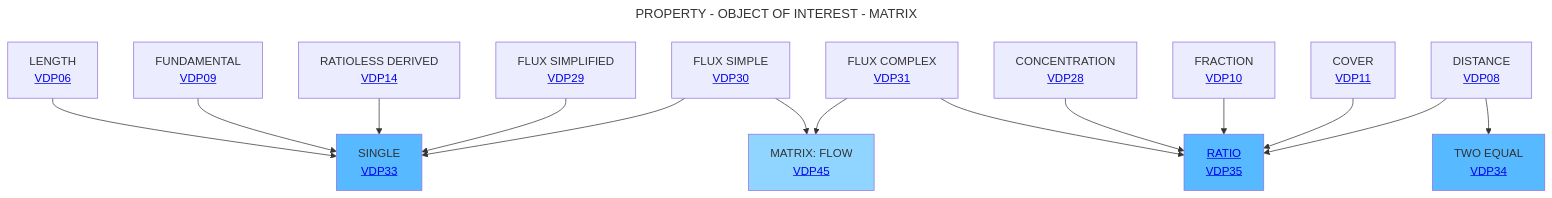
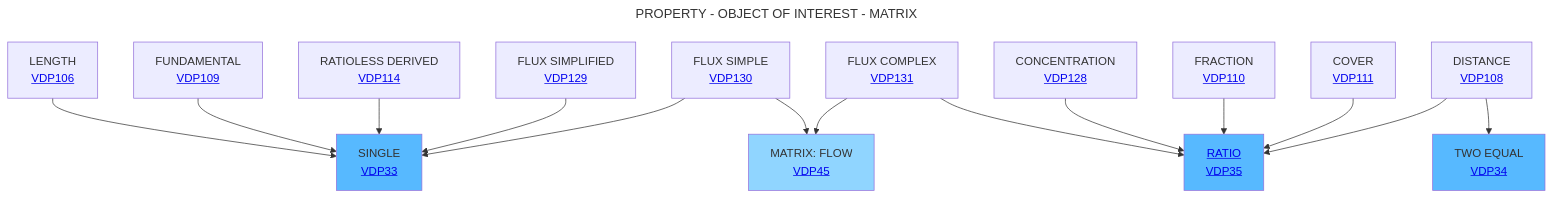
Before and after one commit to mabablue/I-ADOPT-patterns-playground: the diagram in Decisition_trees/DT7.mmd, drawn with Mermaid.

```diff
--- a/Decisition_trees/DT7.mmd
+++ b/Decisition_trees/DT7.mmd
@@ -1,20 +1,20 @@
 ---
 title: PROPERTY - OBJECT OF INTEREST - MATRIX
 ---
 flowchart TD
-    A[LENGTH <br> <a href='https://github.com/mabablue/I-ADOPT-patterns-playground/blob/main/pattern/VDP06.yaml'> VDP06</a>] --> C[SINGLE<br><a href='https://github.com/mabablue/I-ADOPT-patterns-playground/blob/main/pattern/VDP33.yaml'> VDP33</a>]:::satblue
-    B[FUNDAMENTAL <br> <a href='https://github.com/mabablue/I-ADOPT-patterns-playground/blob/main/pattern/VDP09.yaml'> VDP09</a>]  --> C
-    D[RATIOLESS DERIVED <br> <a href='https://github.com/mabablue/I-ADOPT-patterns-playground/blob/main/pattern/VDP14.yaml'> VDP14</a>] --> C
-    E[FLUX SIMPLIFIED <br> <a href='https://github.com/mabablue/I-ADOPT-patterns-playground/blob/main/pattern/VDP29.yaml'>VDP29</a>] --> C
-    I[FLUX COMPLEX <br> <a href='https://github.com/mabablue/I-ADOPT-patterns-playground/blob/main/pattern/VDP31.yaml'>VDP31</a>] --> F  
-    M[CONCENTRATION <br> <a href='https://github.com/mabablue/I-ADOPT-patterns-playground/blob/main/pattern/VDP28.yaml'>VDP28</a>] --> F
-    L[FRACTION <br> <a href='https://github.com/mabablue/I-ADOPT-patterns-playground/blob/main/pattern/VDP10.yaml'>VDP10</a>] --> F[<a href='https://github.com/mabablue/I-ADOPT-patterns-playground/blob/main/pattern/VDP35.yaml'>RATIO <br> VDP35</a>]:::satblue
-    Q[FLUX SIMPLE <br> <a href='https://github.com/mabablue/I-ADOPT-patterns-playground/blob/main/pattern/VDP30.yaml'>VDP30</a>] --> C
-    P[COVER <br> <a href='https://github.com/mabablue/I-ADOPT-patterns-playground/blob/main/pattern/VDP11.yaml'>VDP11</a>] --> F
+    A[LENGTH <br> <a href='https://github.com/mabablue/I-ADOPT-patterns-playground/blob/main/pattern/VDP106.yaml'> VDP106</a>] --> C[SINGLE<br><a href='https://github.com/mabablue/I-ADOPT-patterns-playground/blob/main/pattern/VDP33.yaml'> VDP33</a>]:::satblue
+    B[FUNDAMENTAL <br> <a href='https://github.com/mabablue/I-ADOPT-patterns-playground/blob/main/pattern/VDP109.yaml'> VDP109</a>]  --> C
+    D[RATIOLESS DERIVED <br> <a href='https://github.com/mabablue/I-ADOPT-patterns-playground/blob/main/pattern/VDP114.yaml'> VDP114</a>] --> C
+    E[FLUX SIMPLIFIED <br> <a href='https://github.com/mabablue/I-ADOPT-patterns-playground/blob/main/pattern/VDP129.yaml'>VDP129</a>] --> C
+    I[FLUX COMPLEX <br> <a href='https://github.com/mabablue/I-ADOPT-patterns-playground/blob/main/pattern/VDP131.yaml'>VDP131</a>] --> F  
+    M[CONCENTRATION <br> <a href='https://github.com/mabablue/I-ADOPT-patterns-playground/blob/main/pattern/VDP128.yaml'>VDP128</a>] --> F
+    L[FRACTION <br> <a href='https://github.com/mabablue/I-ADOPT-patterns-playground/blob/main/pattern/VDP110.yaml'>VDP110</a>] --> F[<a href='https://github.com/mabablue/I-ADOPT-patterns-playground/blob/main/pattern/VDP35.yaml'>RATIO <br> VDP35</a>]:::satblue
+    Q[FLUX SIMPLE <br> <a href='https://github.com/mabablue/I-ADOPT-patterns-playground/blob/main/pattern/VDP130.yaml'>VDP130</a>] --> C
+    P[COVER <br> <a href='https://github.com/mabablue/I-ADOPT-patterns-playground/blob/main/pattern/VDP111.yaml'>VDP111</a>] --> F
     Q --> K[MATRIX: FLOW <br> <a href='https://github.com/mabablue/I-ADOPT-patterns-playground/blob/main/pattern/VDP45.yaml'>VDP45</a>]:::blue
-    G[DISTANCE <br> <a href='https://github.com/mabablue/I-ADOPT-patterns-playground/blob/main/pattern/VDP08.yaml'>VDP08</a>] --> F 
+    G[DISTANCE <br> <a href='https://github.com/mabablue/I-ADOPT-patterns-playground/blob/main/pattern/VDP108.yaml'>VDP108</a>] --> F 
     G --> R[TWO EQUAL <br> <a href='https://github.com/mabablue/I-ADOPT-patterns-playground/blob/main/pattern/VDP34.yaml'>VDP34</a>]:::satblue
     I --> K
 
    classDef blue fill:#90D5FF
    classDef satblue fill:#57B9FF
```
